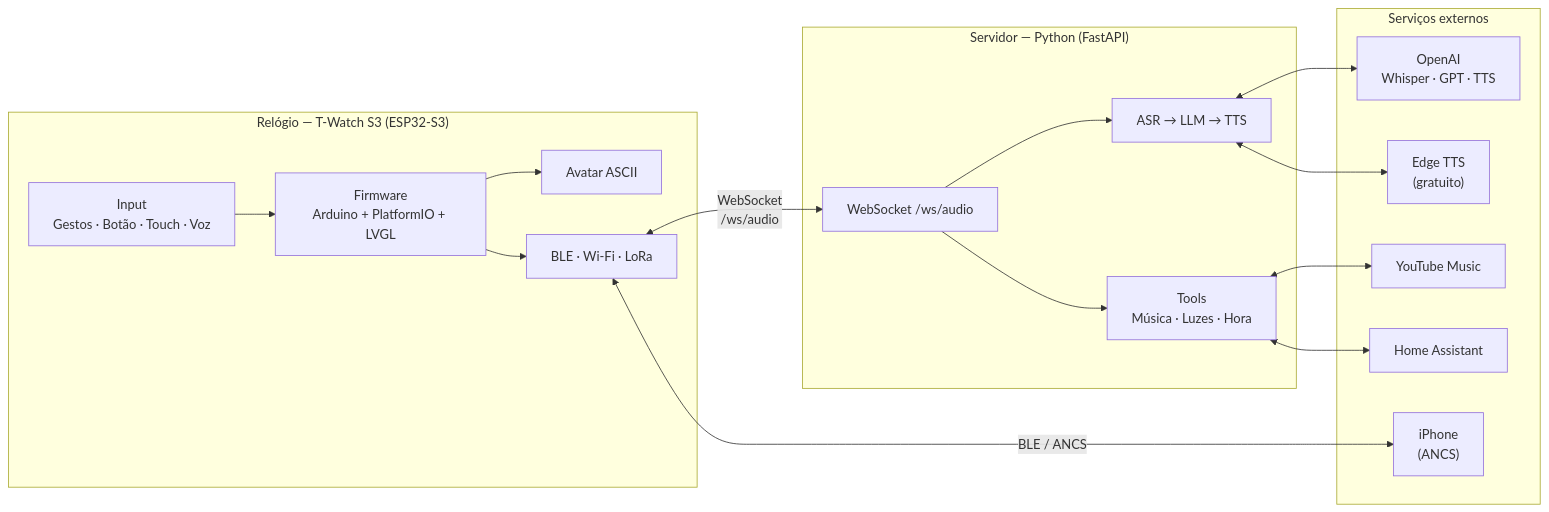
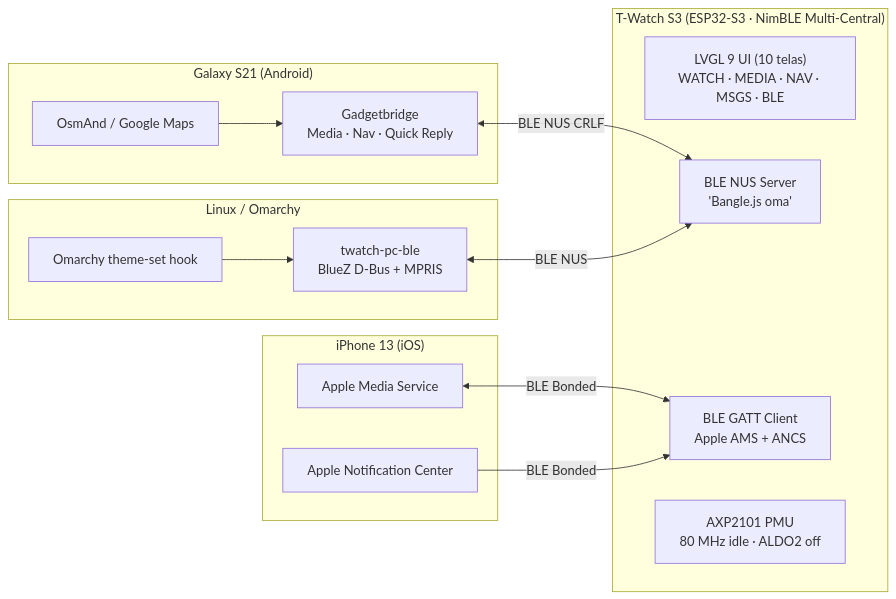
One commit to leonardobora/b0r4-watch changed the diagram in README.md. Above: the diagram before and after it, drawn with Mermaid. The commit also changed other lines of this file and 37 other files, not shown here.

Commit message:
feat: Omarchy LVGL 9 UI, multi-central BLE, Apple AMS/ANCS, Ride HUD & PT-BR quick replies

````diff
--- a/README.md
+++ b/README.md
@@ -64,35 +61,31 @@
 ```mermaid
 flowchart LR
-    subgraph WATCH["Relógio — T-Watch S3 (ESP32-S3)"]
-        FW["Firmware<br/>Arduino + PlatformIO + LVGL"]
-        AV["Avatar ASCII"]
-        IN["Input<br/>Gestos · Botão · Touch · Voz"]
-        BLE["BLE · Wi-Fi · LoRa"]
+    subgraph WATCH["T-Watch S3 (ESP32-S3 · NimBLE Multi-Central)"]
+        UI["LVGL 9 UI (10 telas)<br/>WATCH · MEDIA · NAV · MSGS · BLE"]
+        NUS["BLE NUS Server<br/>'Bangle.js oma'"]
+        APPLE["BLE GATT Client<br/>Apple AMS + ANCS"]
+        PWR["AXP2101 PMU<br/>80 MHz idle · ALDO2 off"]
     end
 
-    subgraph SERVER["Servidor — Python (FastAPI)"]
-        API["WebSocket /ws/audio"]
-        AI["ASR → LLM → TTS"]
-        TOOLS["Tools<br/>Música · Luzes · Hora"]
+    subgraph IPHONE["iPhone 13 (iOS)"]
+        AMS["Apple Media Service"]
+        ANCS["Apple Notification Center"]
     end
 
-    subgraph EXT["Serviços externos"]
-        OPENAI["OpenAI<br/>Whisper · GPT · TTS"]
-        EDGE["Edge TTS<br/>(gratuito)"]
-        YT["YouTube Music"]
-        HA["Home Assistant"]
-        IPHONE["iPhone<br/>(ANCS)"]
+    subgraph S21["Galaxy S21 (Android)"]
+        GB["Gadgetbridge<br/>Media · Nav · Quick Reply"]
+        MAPS["OsmAnd / Google Maps"]
     end
 
-    FW --> AV
-    IN --> FW
-    FW --> BLE
-    BLE <-->|"WebSocket<br/>/ws/audio"| API
-    API --> AI
-    API --> TOOLS
-    AI <--> OPENAI
-    AI <--> EDGE
-    TOOLS <--> YT
-    TOOLS <--> HA
-    BLE <-->|"BLE / ANCS"| IPHONE
+    subgraph PC["Linux / Omarchy"]
+        BLEPY["twatch-pc-ble<br/>BlueZ D-Bus + MPRIS"]
+        THEME["Omarchy theme-set hook"]
+    end
+
+    AMS <-->|"BLE Bonded"| APPLE
+    ANCS -->|"BLE Bonded"| APPLE
+    GB <-->|"BLE NUS CRLF"| NUS
+    MAPS --> GB
+    BLEPY <-->|"BLE NUS"| NUS
+    THEME --> BLEPY
 ```
````
